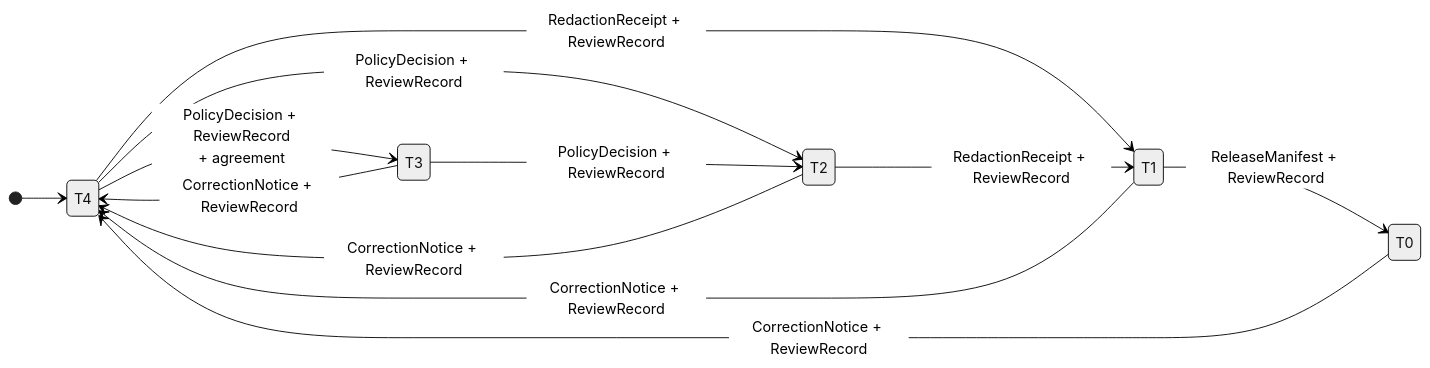
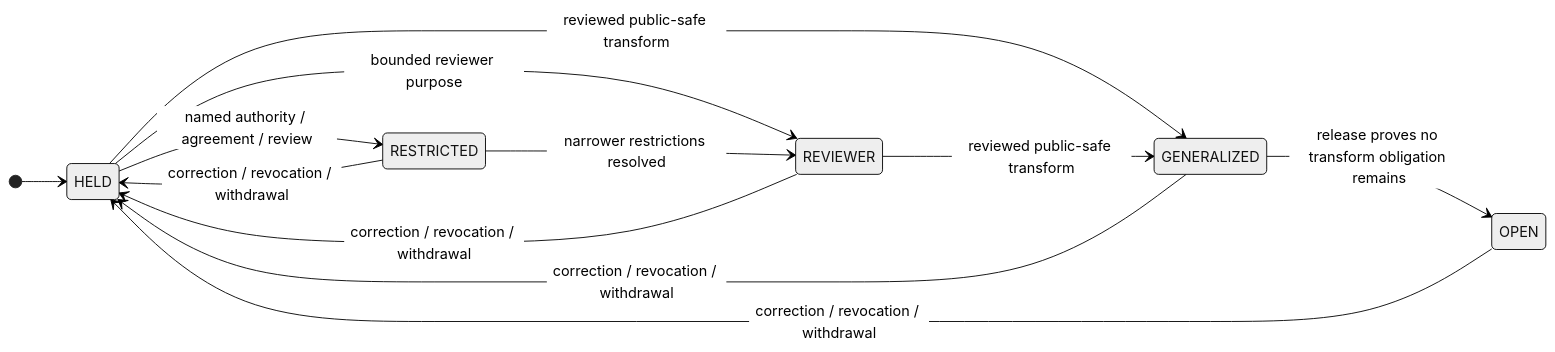
The second of 2 diagrams in docs/architecture/sensitivity-tiers.md (bartytime4life/Kansas-Frontier-Matrix), drawn with Mermaid (neutral theme) before and after one commit. The commit also changed other lines of this file, not shown here.

Commit message:
docs(architecture): ground sensitivity tier guidance

````diff
--- a/docs/architecture/sensitivity-tiers.md
+++ b/docs/architecture/sensitivity-tiers.md
@@ -202,15 +319,15 @@
 ```mermaid
 stateDiagram-v2
-  direction LR
-  [*] --> T4
-  T4 --> T3: PolicyDecision + ReviewRecord<br/>+ agreement
-  T4 --> T2: PolicyDecision + ReviewRecord
-  T4 --> T1: RedactionReceipt + ReviewRecord
-  T3 --> T2: PolicyDecision + ReviewRecord
-  T2 --> T1: RedactionReceipt + ReviewRecord
-  T1 --> T0: ReleaseManifest + ReviewRecord
-  T0 --> T4: CorrectionNotice + ReviewRecord
-  T1 --> T4: CorrectionNotice + ReviewRecord
-  T2 --> T4: CorrectionNotice + ReviewRecord
-  T3 --> T4: CorrectionNotice + ReviewRecord
+    direction LR
+    [*] --> HELD
+    HELD --> RESTRICTED: named authority / agreement / review
+    HELD --> REVIEWER: bounded reviewer purpose
+    HELD --> GENERALIZED: reviewed public-safe transform
+    RESTRICTED --> REVIEWER: narrower restrictions resolved
+    REVIEWER --> GENERALIZED: reviewed public-safe transform
+    GENERALIZED --> OPEN: release proves no transform obligation remains
+    OPEN --> HELD: correction / revocation / withdrawal
+    GENERALIZED --> HELD: correction / revocation / withdrawal
+    REVIEWER --> HELD: correction / revocation / withdrawal
+    RESTRICTED --> HELD: correction / revocation / withdrawal
 ```
````
